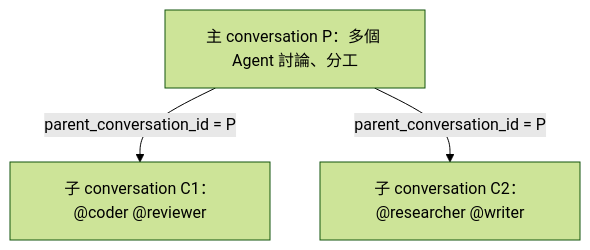
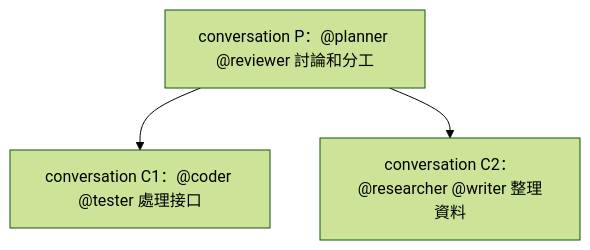
Before and after one commit to memory-co/agentuse: the diagram in designs/v3/server-work.md, drawn with Mermaid (forest theme). The commit also changed other lines of this file and 10 other files, not shown here.

First line of the commit message:
Centralize parent-child conversation design and remove duplicate schema

````diff
--- a/designs/v3/server-work.md
+++ b/designs/v3/server-work.md
@@ -9,8 +7,8 @@
 ```mermaid
 flowchart TD
-    P["主 conversation P：多個 Agent 討論、分工"]
-    C1["子 conversation C1：@coder @reviewer"]
-    C2["子 conversation C2：@researcher @writer"]
-    P -->|parent_conversation_id = P| C1
-    P -->|parent_conversation_id = P| C2
+    P["conversation P：@planner @reviewer 討論和分工"]
+    C1["conversation C1：@coder @tester 處理接口"]
+    C2["conversation C2：@researcher @writer 整理資料"]
+    P --> C1
+    P --> C2
 ```
````
